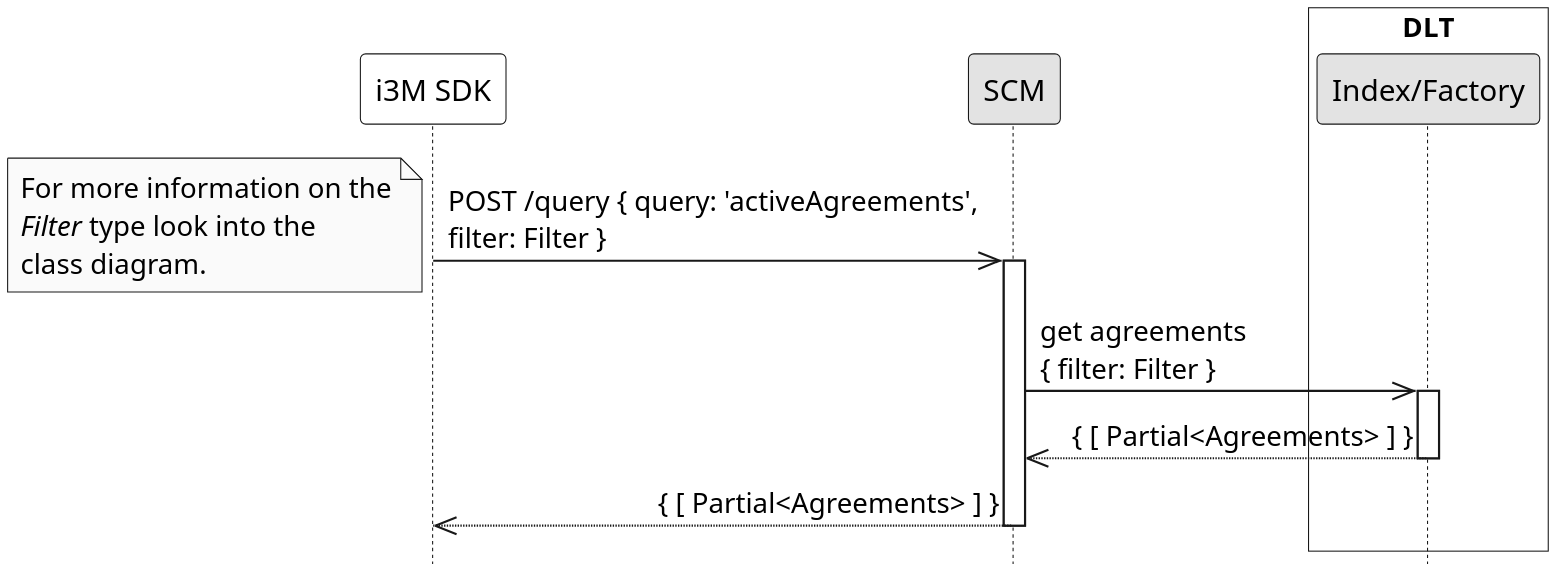
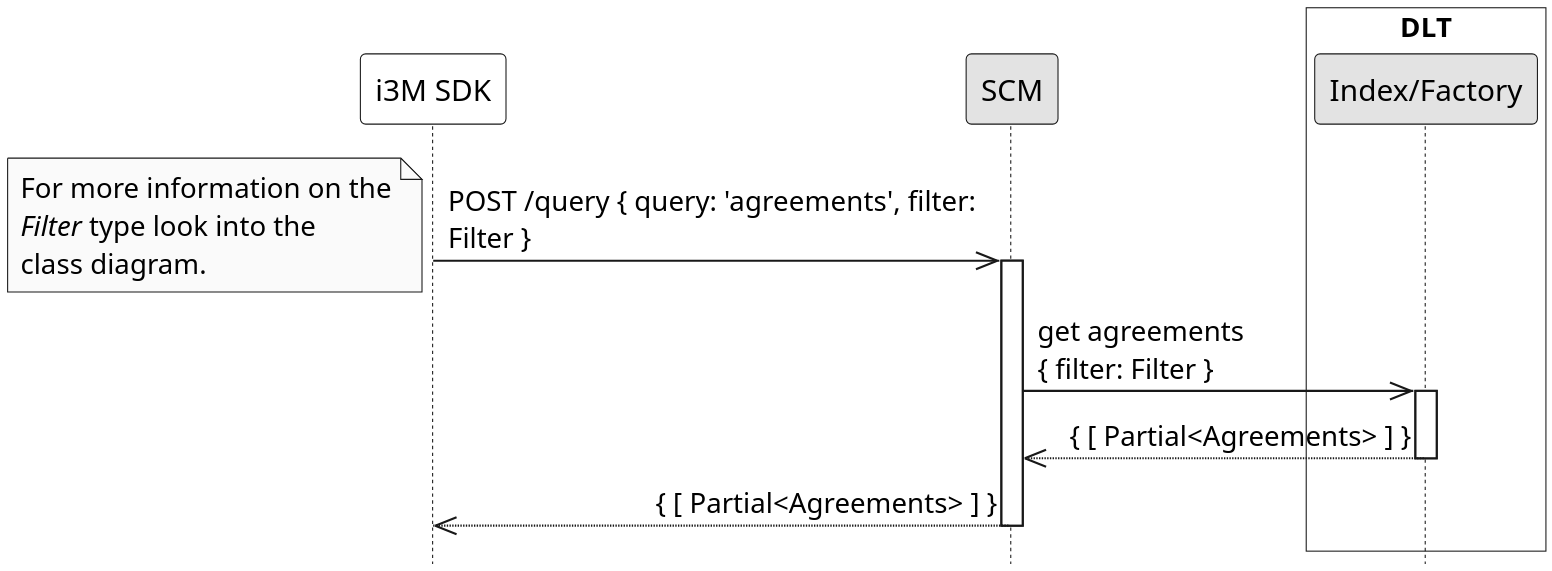
The diagram in diagrams/src/active-agreements-seq.plantuml (i3-Market-V3-Public-Repository/SP3-SCGBSSW-I3mScm), drawn with PlantUML before and after one commit. The commit also changed 7 other files, not shown here.

Commit message:
Update diagrams

```diff
--- a/diagrams/src/active-agreements-seq.plantuml
+++ b/diagrams/src/active-agreements-seq.plantuml
@@ -1,34 +1,34 @@
 @startuml active-agreements-seq
 skinparam Shadowing false
 skinparam DefaultFontName Bitstream Vera Sans
 skinparam DefaultMonospacedFontName Bitstream Vera Sans Mono
 skinparam SequenceMessageAlign direction
 skinparam MaxMessageSize 250
 skinparam Style strictuml
 skinparam Monochrome true
 skinparam Dpi 300
 
 hide footbox
 
 participant "i3M SDK" as SDK #white
 
 participant "SCM" as SCM
 
 box "DLT" #white
   participant "Index/Factory" as I
   ' participant "AgreementA" as A
 end box
 
-SDK->>SCM++: POST /query { query: 'activeAgreements', filter: Filter }
+SDK->>SCM++: POST /query { query: 'agreements', filter: Filter }
 note left 
 For more information on the
 <i>Filter</i> type look into the 
 class diagram.
 end note
 
 SCM->>I++: get agreements \n{ filter: Filter }
 I-->>SCM--: { [ Partial<Agreements> ] }
 
 SCM-->>SDK--: { [ Partial<Agreements> ] }
 
 @enduml
```
